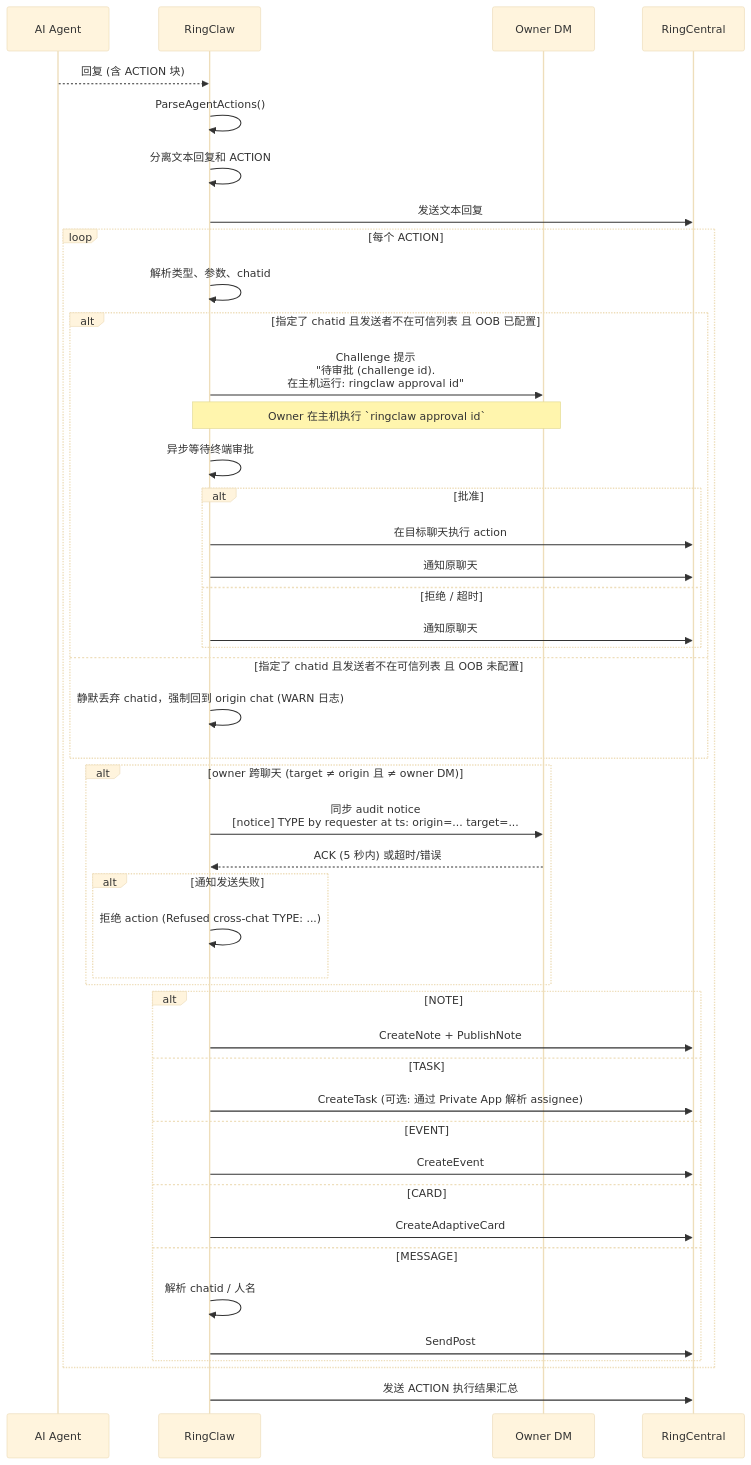
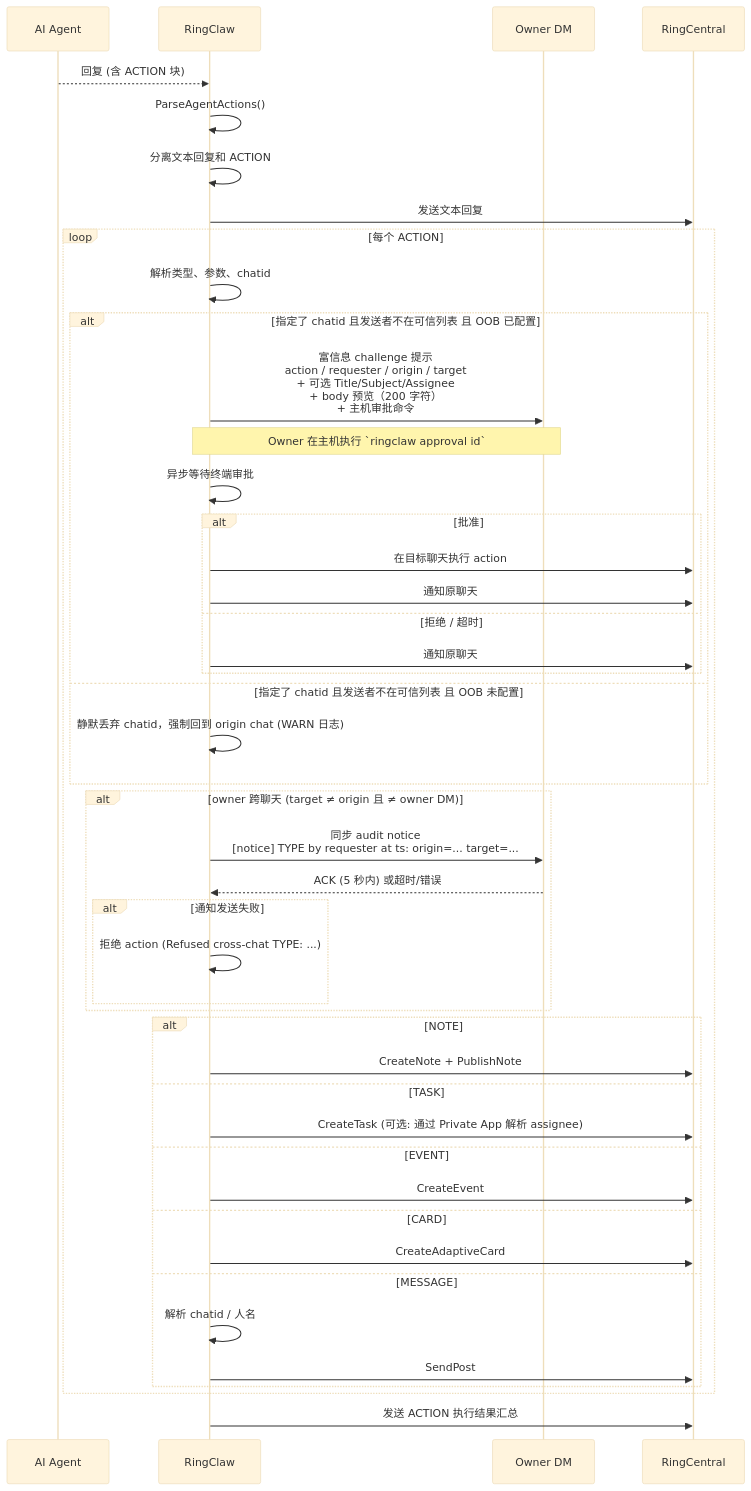
Before and after one commit to ringclaw/ringclaw: the diagram in docs/zh/features/actions.md, drawn with Mermaid (base theme). The commit also changed other lines of this file and 7 other files, not shown here.

First line of the commit message:
docs(security): authorize-mention OOB flow + chat_user_allow + richer prompts

````diff
--- a/docs/zh/features/actions.md
+++ b/docs/zh/features/actions.md
@@ -13,48 +13,48 @@
 ```mermaid
 sequenceDiagram
     participant AI as AI Agent
     participant R as RingClaw
     participant O as Owner DM
     participant RC as RingCentral
 
     AI-->>R: 回复 (含 ACTION 块)
     R->>R: ParseAgentActions()
     R->>R: 分离文本回复和 ACTION
     R->>RC: 发送文本回复
     loop 每个 ACTION
         R->>R: 解析类型、参数、chatid
         alt 指定了 chatid 且发送者不在可信列表 且 OOB 已配置
-            R->>O: Challenge 提示<br/>"待审批 (challenge id).<br/>在主机运行: ringclaw approval id"
+            R->>O: 富信息 challenge 提示<br/>action / requester / origin / target<br/>+ 可选 Title/Subject/Assignee<br/>+ body 预览（200 字符）<br/>+ 主机审批命令
             Note over O,R: Owner 在主机执行 `ringclaw approval id`
             R->>R: 异步等待终端审批
             alt 批准
                 R->>RC: 在目标聊天执行 action
                 R->>RC: 通知原聊天
             else 拒绝 / 超时
                 R->>RC: 通知原聊天
             end
         else 指定了 chatid 且发送者不在可信列表 且 OOB 未配置
             R->>R: 静默丢弃 chatid，强制回到 origin chat (WARN 日志)
         end
         alt owner 跨聊天 (target ≠ origin 且 ≠ owner DM)
             R->>O: 同步 audit notice<br/>[notice] TYPE by requester at ts: origin=... target=...
             O-->>R: ACK (5 秒内) 或超时/错误
             alt 通知发送失败
                 R->>R: 拒绝 action (Refused cross-chat TYPE: ...)
             end
         end
         alt NOTE
             R->>RC: CreateNote + PublishNote
         else TASK
             R->>RC: CreateTask (可选: 通过 Private App 解析 assignee)
         else EVENT
             R->>RC: CreateEvent
         else CARD
             R->>RC: CreateAdaptiveCard
         else MESSAGE
             R->>R: 解析 chatid / 人名
             R->>RC: SendPost
         end
     end
     R->>RC: 发送 ACTION 执行结果汇总
 ```
````
